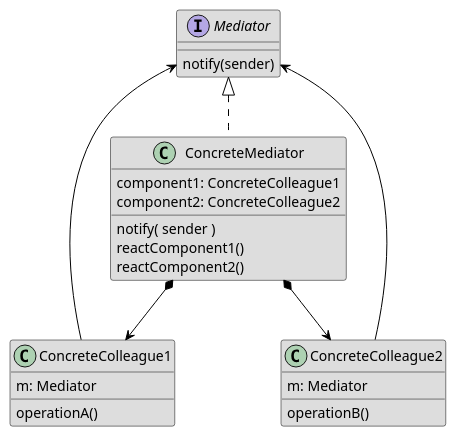
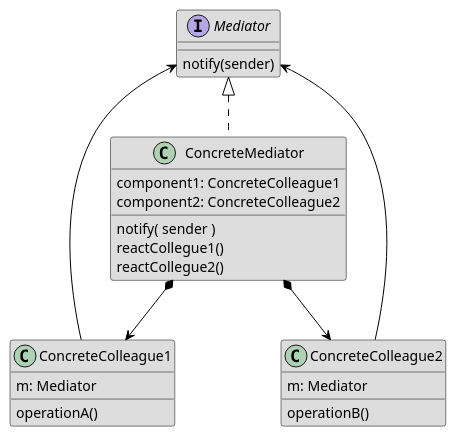
One commit to LEON12699/Patrones_diseno changed the diagram in diagramas/Mediator.iuml. Above: the diagram before and after it, drawn with PlantUML. The commit also changed 2 other files, not shown here.

Commit message:
memento diagrams

```diff
--- a/diagramas/Mediator.iuml
+++ b/diagramas/Mediator.iuml
@@ -1,42 +1,42 @@
 @startuml Mediator structure
 
 skinparam class {
 BackgroundColor #DDDDDD
 BorderColor black
 ArrowColor black
 }
 
 
 interface Mediator {
     notify(sender)
 }
 
 
 class ConcreteColleague1{
     m: Mediator 
     operationA()
 }
 
 class ConcreteColleague2{
     m: Mediator 
     operationB()
 }
 
 class ConcreteMediator{
     component1: ConcreteColleague1
     component2: ConcreteColleague2
     notify( sender )
-    reactComponent1()
-    reactComponent2()
+    reactCollegue1()
+    reactCollegue2()
 
 }
 
 
 Mediator <|.. ConcreteMediator
 ConcreteColleague1 --> Mediator
 ConcreteColleague2 --> Mediator
 ConcreteMediator *--> ConcreteColleague1
 ConcreteMediator *--> ConcreteColleague2
 
 
 @enduml
```
